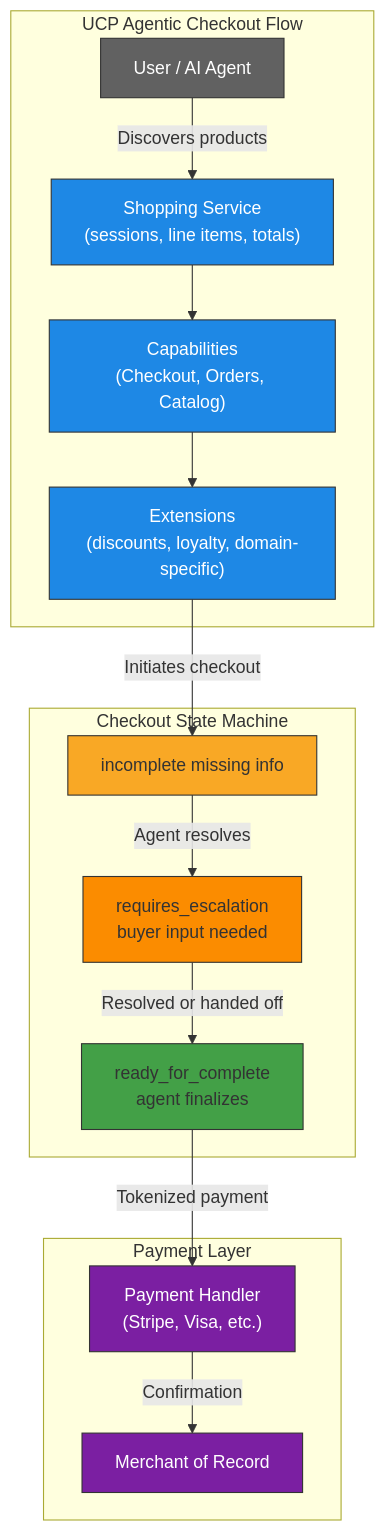
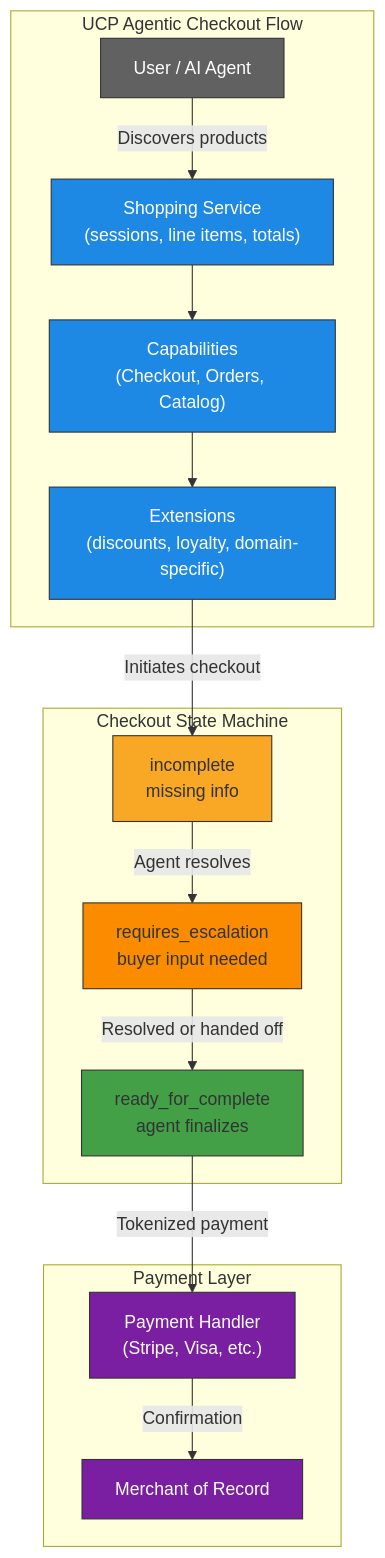
Before and after one commit to bilarikan/bilarikan.github.io: the third of 5 diagrams in content/posts/google-quietly-building-agentic-web/index.md, drawn with Mermaid. The commit also changed 3 other files, not shown here.

```diff
--- a/content/posts/google-quietly-building-agentic-web/index.md
+++ b/content/posts/google-quietly-building-agentic-web/index.md
@@ -101,32 +101,32 @@
 {{< mermaid >}}
 graph TD
     subgraph "UCP Agentic Checkout Flow"
         U[User / AI Agent] -->|"Discovers products"| S["Shopping Service<br/>(sessions, line items, totals)"]
         S --> CAP["Capabilities<br/>(Checkout, Orders, Catalog)"]
         CAP --> EXT["Extensions<br/>(discounts, loyalty, domain-specific)"]
     end
 
     EXT -->|"Initiates checkout"| I
 
     subgraph "Checkout State Machine"
-        I["incomplete missing info"] -->|"Agent resolves"| RE["requires_escalation<br/>buyer input needed"]
+        I["incomplete<br/>missing info"] -->|"Agent resolves"| RE["requires_escalation<br/>buyer input needed"]
         RE -->|"Resolved or handed off"| R["ready_for_complete<br/>agent finalizes"]
     end
 
     R -->|"Tokenized payment"| PH
 
     subgraph "Payment Layer"
         PH["Payment Handler<br/>(Stripe, Visa, etc.)"]
         PH -->|"Confirmation"| M["Merchant of Record"]
     end
 
     style U fill:#616161,stroke:#333,color:#fff
     style S fill:#1e88e5,stroke:#333,color:#fff
     style CAP fill:#1e88e5,stroke:#333,color:#fff
     style EXT fill:#1e88e5,stroke:#333,color:#fff
     style I fill:#f9a825,stroke:#333
     style RE fill:#fb8c00,stroke:#333
     style R fill:#43a047,stroke:#333
     style PH fill:#7b1fa2,stroke:#333,color:#fff
     style M fill:#7b1fa2,stroke:#333,color:#fff
 {{< /mermaid >}}
```
